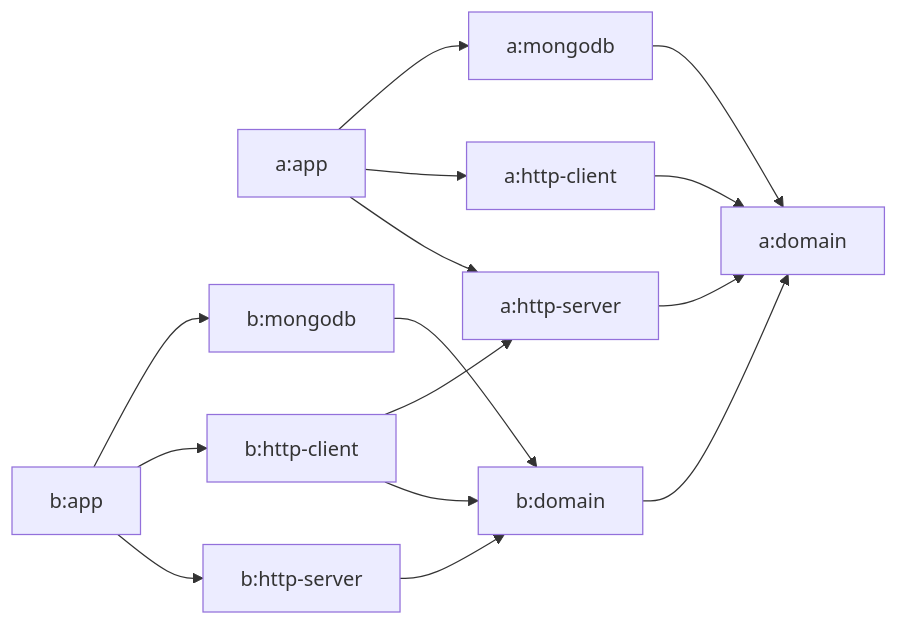
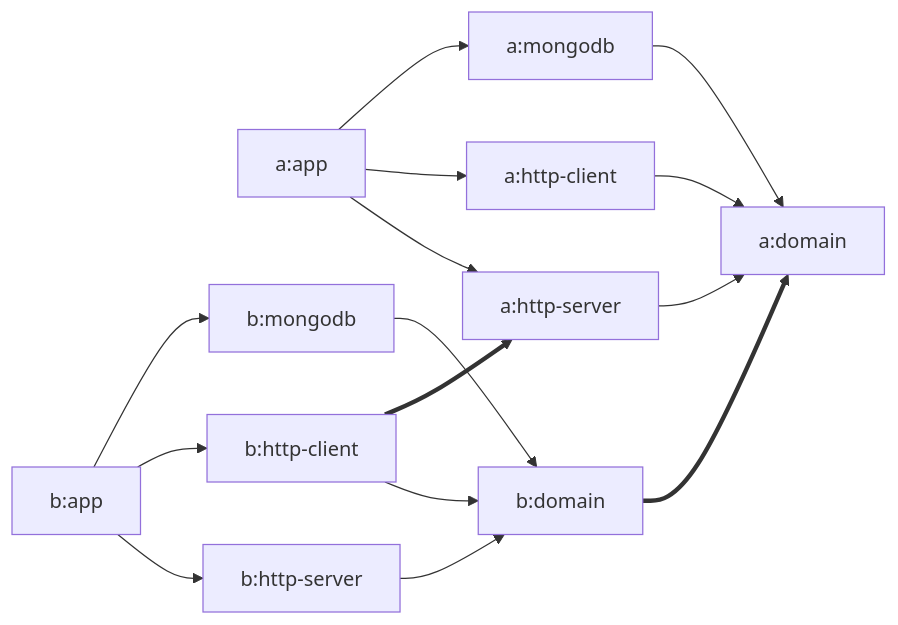
The fourth of 5 diagrams in docs/website/docs/blog/posts/hexagonal.md (CLOVIS-AI/website), drawn with Mermaid before and after one commit. The commit also changed other lines of this file, not shown here.

````diff
--- a/docs/website/docs/blog/posts/hexagonal.md
+++ b/docs/website/docs/blog/posts/hexagonal.md
@@ -296,19 +311,19 @@
 ```mermaid
 graph LR
     a:http-server --> a:domain
     a:http-client --> a:domain
     a:mongodb --> a:domain
     a:app --> a:http-server
     a:app --> a:http-client
     a:app --> a:mongodb
 
     b:http-server --> b:domain
     b:http-client --> b:domain
     b:mongodb --> b:domain
     b:app --> b:http-server
     b:app --> b:http-client
     b:app --> b:mongodb
     
-    b:domain --> a:domain
-    b:http-client --> a:http-server
+    b:domain ==> a:domain
+    b:http-client ==> a:http-server
 ```
````
